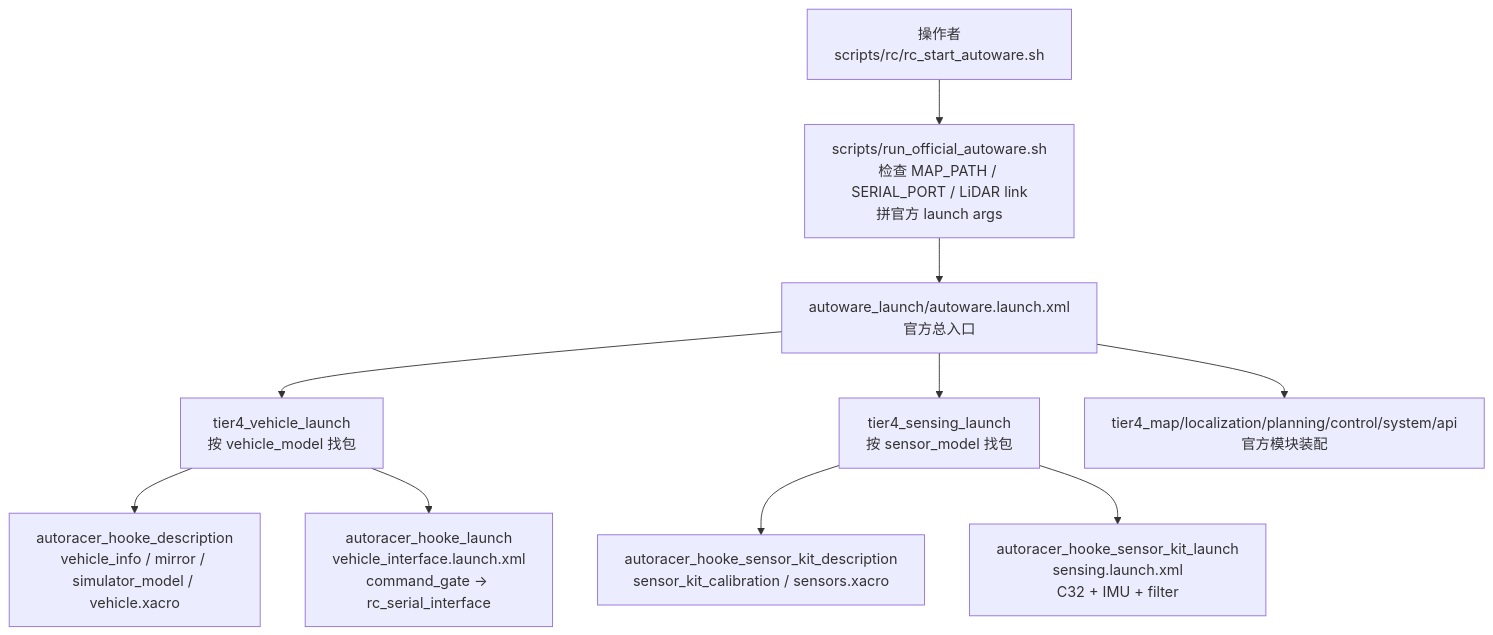
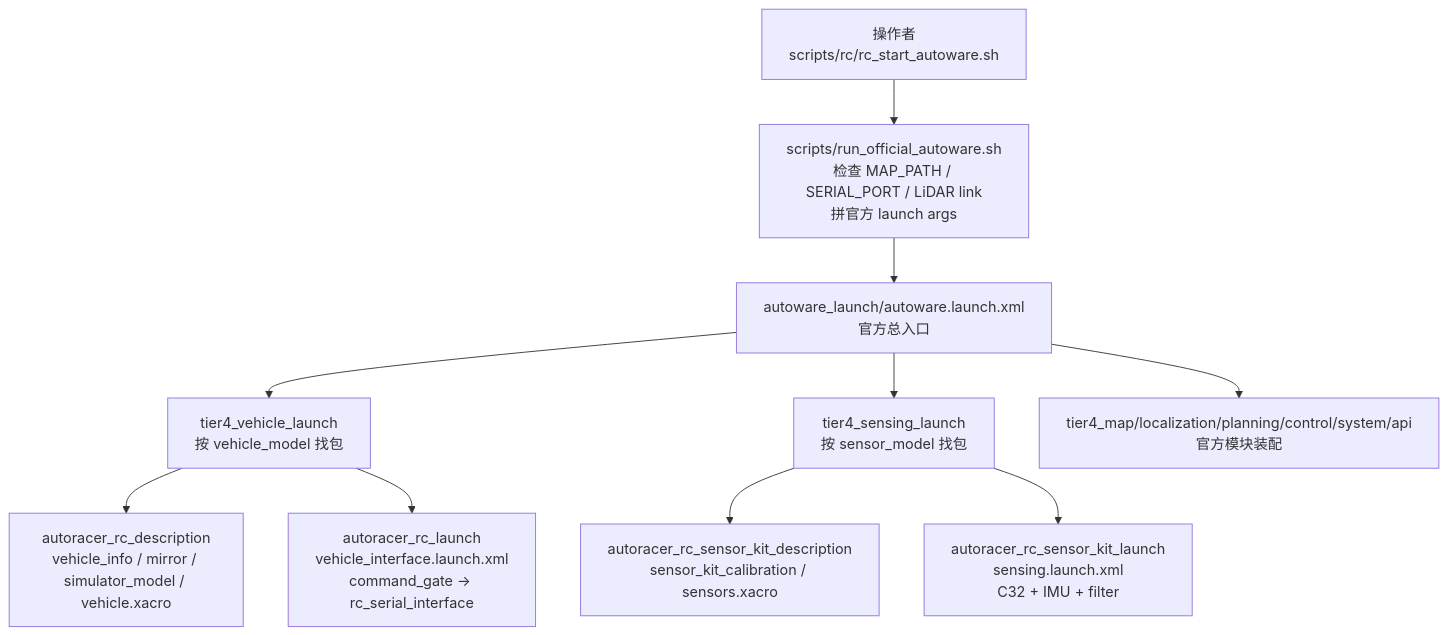
Before and after one commit to JacksonW1025/autoracer_hooke: the second of 2 diagrams in docs/architecture/official_launch_structure_zh.md, drawn with Mermaid. The commit also changed other lines of this file and 34 other files, not shown here.

````diff
--- a/docs/architecture/official_launch_structure_zh.md
+++ b/docs/architecture/official_launch_structure_zh.md
@@ -56,24 +56,24 @@
 ```mermaid
 flowchart TD
   Op["操作者\nscripts/rc/rc_start_autoware.sh"]
   Wrapper["scripts/run_official_autoware.sh\n检查 MAP_PATH / SERIAL_PORT / LiDAR link\n拼官方 launch args"]
   Auto["autoware_launch/autoware.launch.xml\n官方总入口"]
 
   VehicleTier["tier4_vehicle_launch\n按 vehicle_model 找包"]
   SensorTier["tier4_sensing_launch\n按 sensor_model 找包"]
   MapLocPlanCtrl["tier4_map/localization/planning/control/system/api\n官方模块装配"]
 
-  VehicleDesc["autoracer_hooke_description\nvehicle_info / mirror / simulator_model / vehicle.xacro"]
-  VehicleLaunch["autoracer_hooke_launch\nvehicle_interface.launch.xml\ncommand_gate -> rc_serial_interface"]
-  SensorDesc["autoracer_hooke_sensor_kit_description\nsensor_kit_calibration / sensors.xacro"]
-  SensorLaunch["autoracer_hooke_sensor_kit_launch\nsensing.launch.xml\nC32 + IMU + filter"]
+  VehicleDesc["autoracer_rc_description\nvehicle_info / mirror / simulator_model / vehicle.xacro"]
+  VehicleLaunch["autoracer_rc_launch\nvehicle_interface.launch.xml\ncommand_gate -> rc_serial_interface"]
+  SensorDesc["autoracer_rc_sensor_kit_description\nsensor_kit_calibration / sensors.xacro"]
+  SensorLaunch["autoracer_rc_sensor_kit_launch\nsensing.launch.xml\nC32 + IMU + filter"]
 
   Op --> Wrapper --> Auto
   Auto --> VehicleTier
   Auto --> SensorTier
   Auto --> MapLocPlanCtrl
   VehicleTier --> VehicleDesc
   VehicleTier --> VehicleLaunch
   SensorTier --> SensorDesc
   SensorTier --> SensorLaunch
 ```
````
